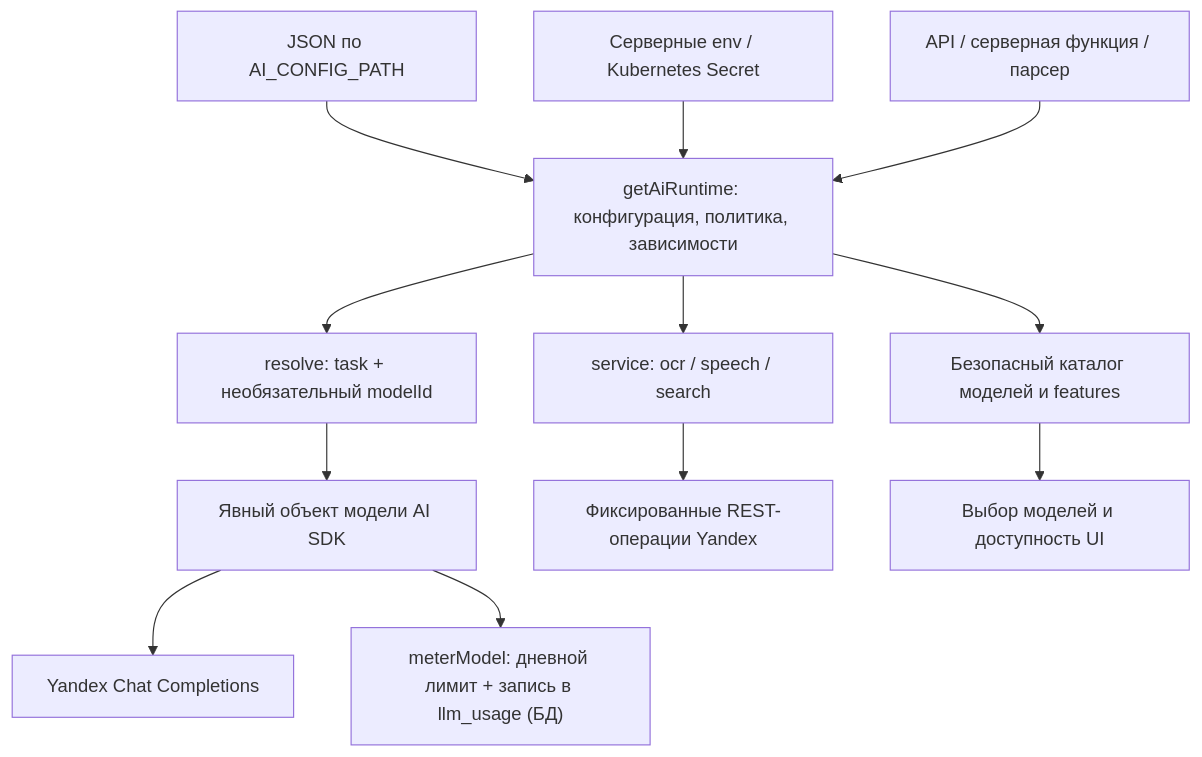
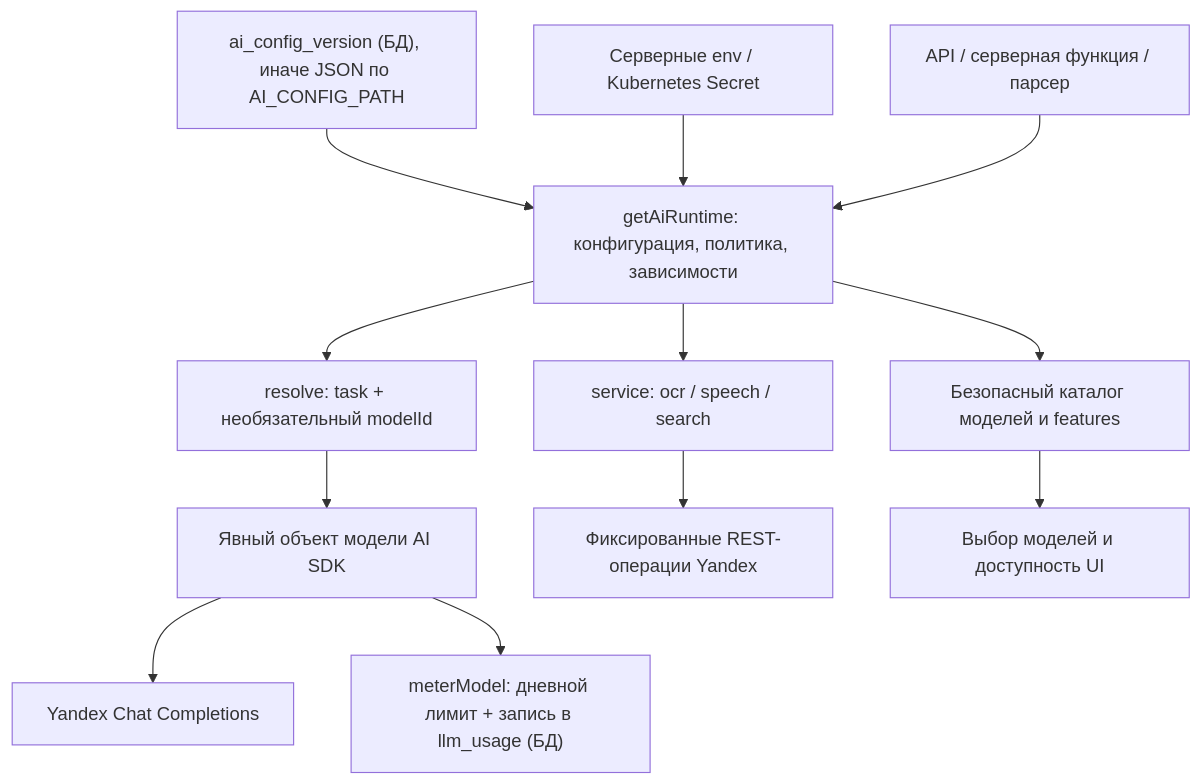
One commit to in4comgroup/salesdaily-dev changed the first of 2 diagrams in docs/ai/architecture.md. Above: the diagram before and after it, drawn with Mermaid. The commit also changed other lines of this file and 26 other files, not shown here.

````diff
--- a/docs/ai/architecture.md
+++ b/docs/ai/architecture.md
@@ -20,14 +20,14 @@
 ```mermaid
 flowchart TD
-    JSON["JSON по AI_CONFIG_PATH"] --> Runtime["getAiRuntime: конфигурация, политика, зависимости"]
+    DB["ai_config_version (БД), иначе JSON по AI_CONFIG_PATH"] --> Runtime["getAiRuntime: конфигурация, политика, зависимости"]
     Env["Серверные env / Kubernetes Secret"] --> Runtime
     API["API / серверная функция / парсер"] --> Runtime
     Runtime --> Resolve["resolve: task + необязательный modelId"]
     Resolve --> Adapter["Явный объект модели AI SDK"]
     Adapter --> Yandex["Yandex Chat Completions"]
     Runtime --> Service["service: ocr / speech / search"]
     Service --> HTTP["Фиксированные REST-операции Yandex"]
     Adapter --> Meter["meterModel: дневной лимит + запись в llm_usage (БД)"]
     Runtime --> Catalog["Безопасный каталог моделей и features"]
     Catalog --> UI["Выбор моделей и доступность UI"]
 ```
````
